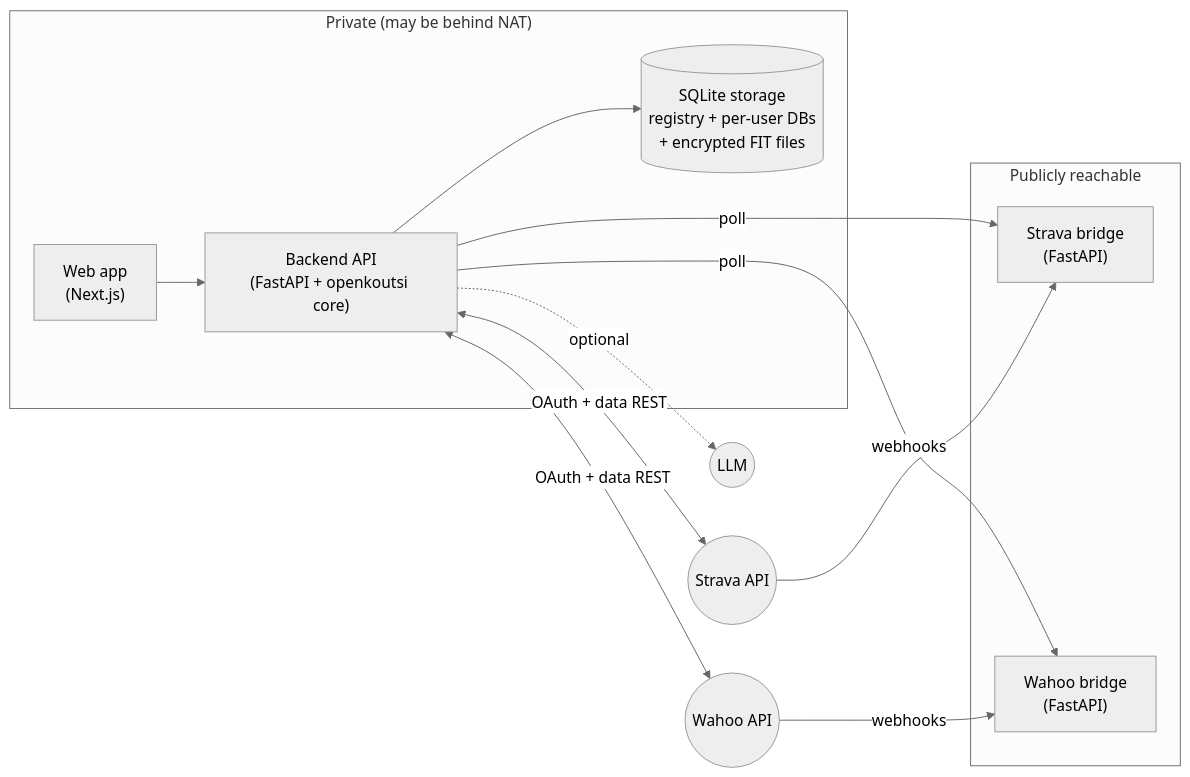
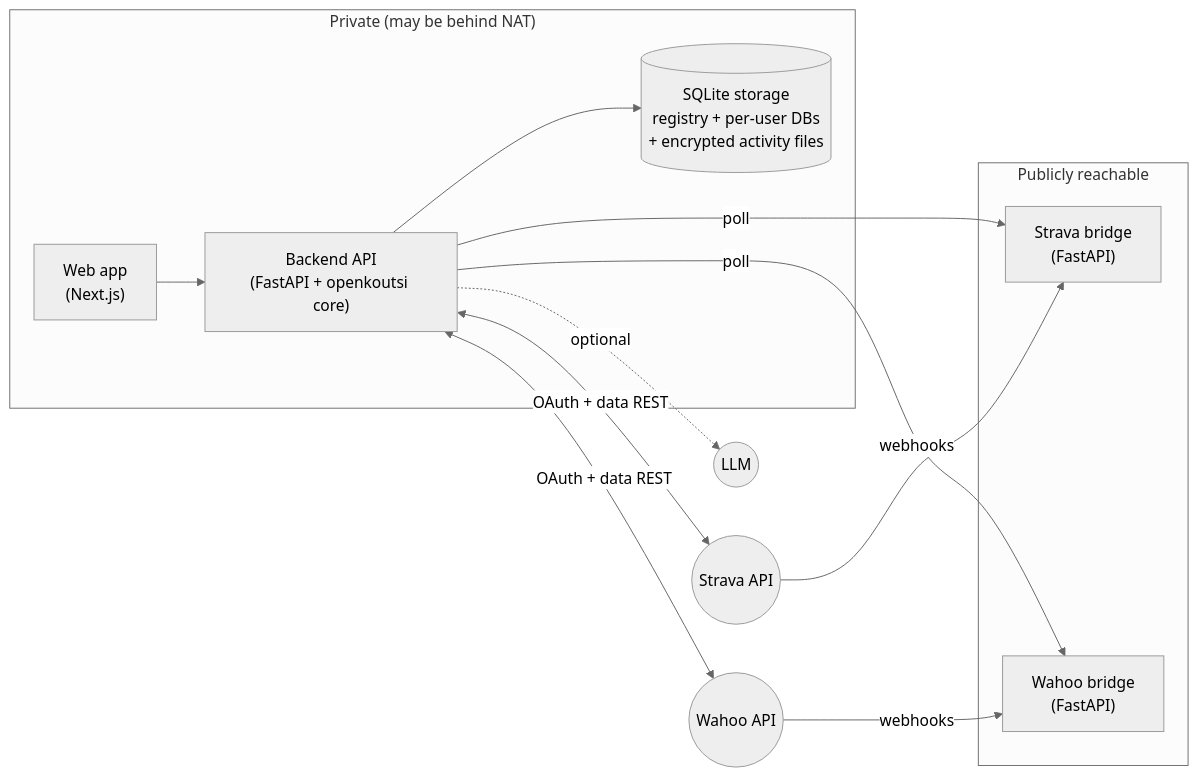
Before and after one commit to openkoutsi/openkoutsi-arch: the diagram in docs/architecture/overview.md, drawn with Mermaid (neutral theme). The commit also changed other lines of this file and 2 other files, not shown here.

````diff
--- a/docs/architecture/overview.md
+++ b/docs/architecture/overview.md
@@ -8,21 +8,21 @@
 ```mermaid
 flowchart LR
     subgraph Public["Publicly reachable"]
         SB["Strava bridge<br/>(FastAPI)"]
         WB["Wahoo bridge<br/>(FastAPI)"]
     end
     subgraph Private["Private (may be behind NAT)"]
         Web["Web app<br/>(Next.js)"]
         API["Backend API<br/>(FastAPI + openkoutsi core)"]
-        Store[("SQLite storage<br/>registry + per-user DBs<br/>+ encrypted FIT files")]
+        Store[("SQLite storage<br/>registry + per-user DBs<br/>+ encrypted activity files")]
     end
     Web --> API
     API --> Store
     API -->|poll| SB
     API -->|poll| WB
     Strava(("Strava API")) -->|webhooks| SB
     Wahoo(("Wahoo API")) -->|webhooks| WB
     API <-->|"OAuth + data REST"| Strava
     API <-->|"OAuth + data REST"| Wahoo
     API -.->|optional| LLM(("LLM"))
 ```
````
